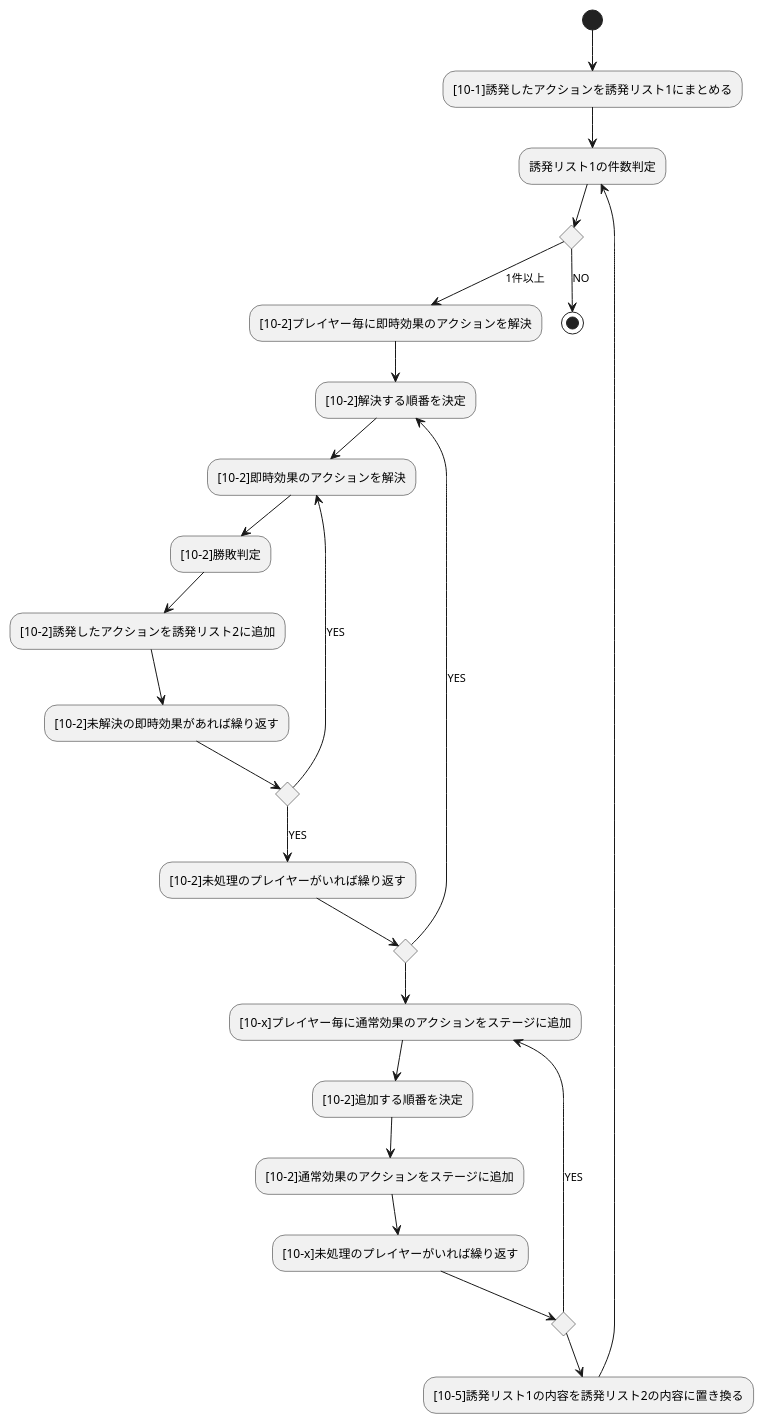
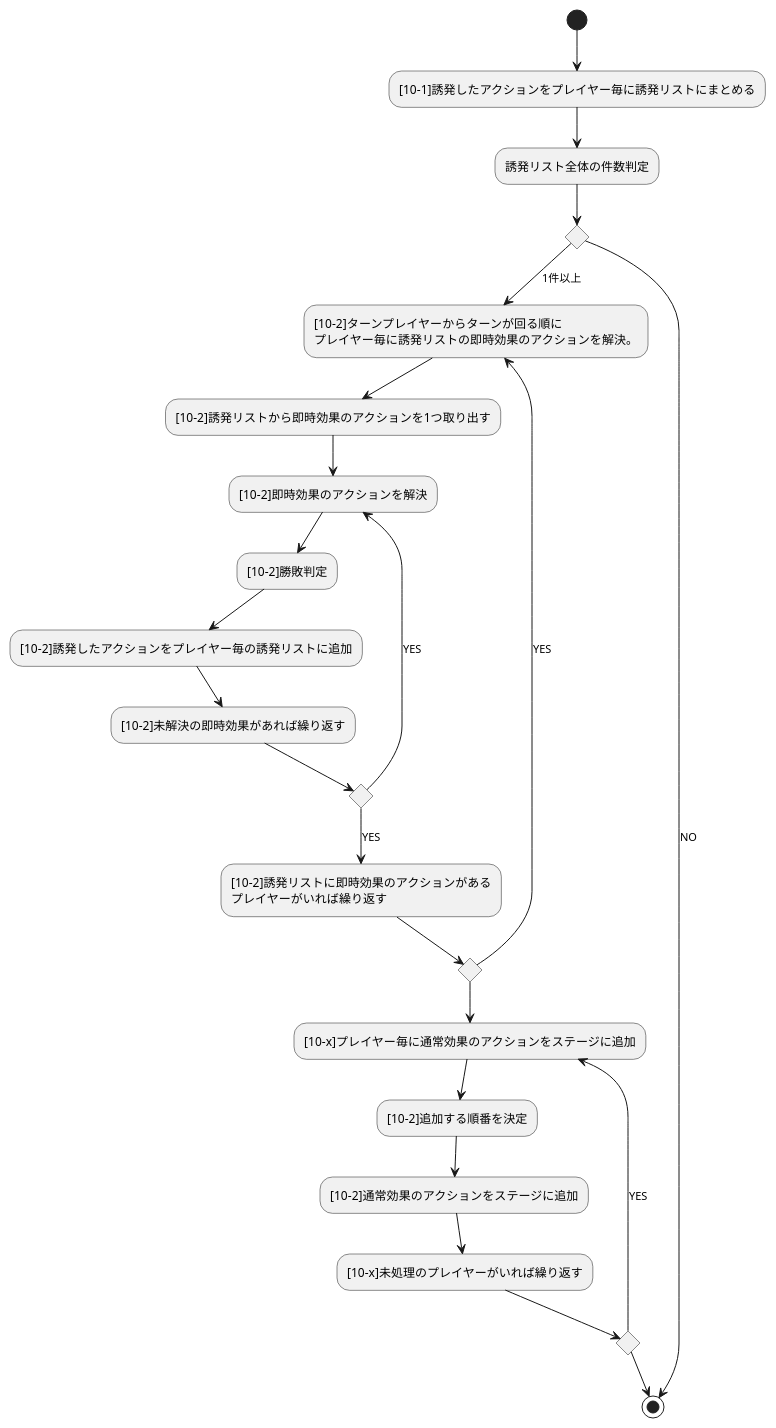
The diagram in source/core/triggerflow.puml (BlackPoker/BlackPoker), drawn with PlantUML before and after one commit.

Commit message:
リストの詰め替え処理を削除

```diff
--- a/source/core/triggerflow.puml
+++ b/source/core/triggerflow.puml
@@ -1,36 +1,35 @@
 @startuml
-(*) --> "[10-1]誘発したアクションを誘発リスト1にまとめる"
---> "誘発リスト1の件数判定"
+(*) --> "[10-1]誘発したアクションをプレイヤー毎に誘発リストにまとめる"
+--> "誘発リスト全体の件数判定"
 
 if "" then
-    -->[1件以上] "[10-2]プレイヤー毎に即時効果のアクションを解決"
-    -->"[10-2]解決する順番を決定"
+    -->[1件以上] "[10-2]ターンプレイヤーからターンが回る順に\nプレイヤー毎に誘発リストの即時効果のアクションを解決。"
+    -->"[10-2]誘発リストから即時効果のアクションを1つ取り出す"
     -->"[10-2]即時効果のアクションを解決"
     -->"[10-2]勝敗判定"
-    -->"[10-2]誘発したアクションを誘発リスト2に追加"
+    -->"[10-2]誘発したアクションをプレイヤー毎の誘発リストに追加"
     -->"[10-2]未解決の即時効果があれば繰り返す"
     if "" then
         -->[YES] "[10-2]即時効果のアクションを解決"
     else
-        -->[YES] "[10-2]未処理のプレイヤーがいれば繰り返す"
+        -->[YES] "[10-2]誘発リストに即時効果のアクションがある\nプレイヤーがいれば繰り返す"
         if "" then
-            -->[YES] "[10-2]解決する順番を決定"
+            -->[YES] "[10-2]ターンプレイヤーからターンが回る順に\nプレイヤー毎に誘発リストの即時効果のアクションを解決。"
         else
             -->"[10-x]プレイヤー毎に通常効果のアクションをステージに追加"
             -->"[10-2]追加する順番を決定"
             -->"[10-2]通常効果のアクションをステージに追加"
             -->"[10-x]未処理のプレイヤーがいれば繰り返す"
             if "" then
                 -->[YES] "[10-x]プレイヤー毎に通常効果のアクションをステージに追加"
             else
-                -->"[10-5]誘発リスト1の内容を誘発リスト2の内容に置き換る"
-                -->"誘発リスト1の件数判定"
+                -->(*)
             endif
         endif
     endif
 
 else
     -->[NO] (*)
 endif
 
 @enduml
```
